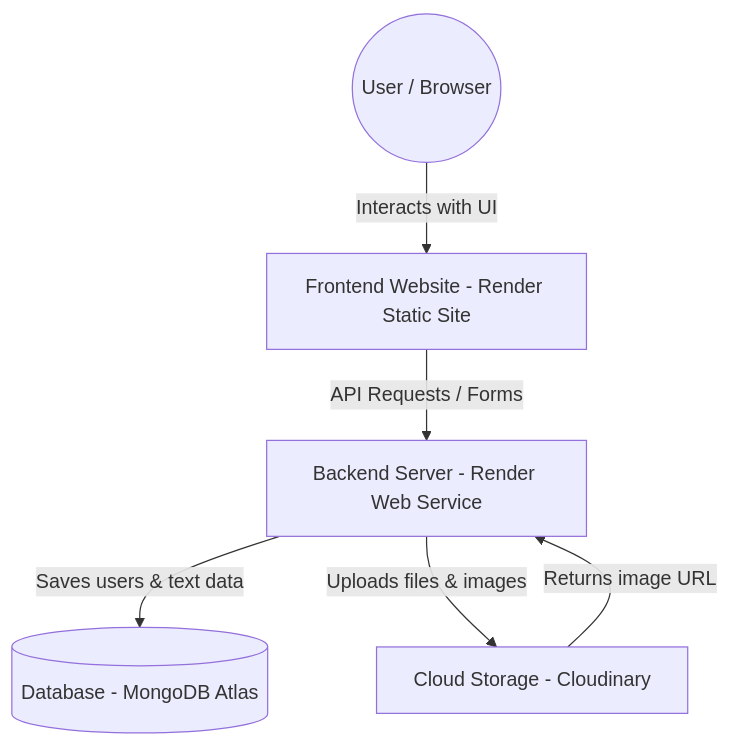
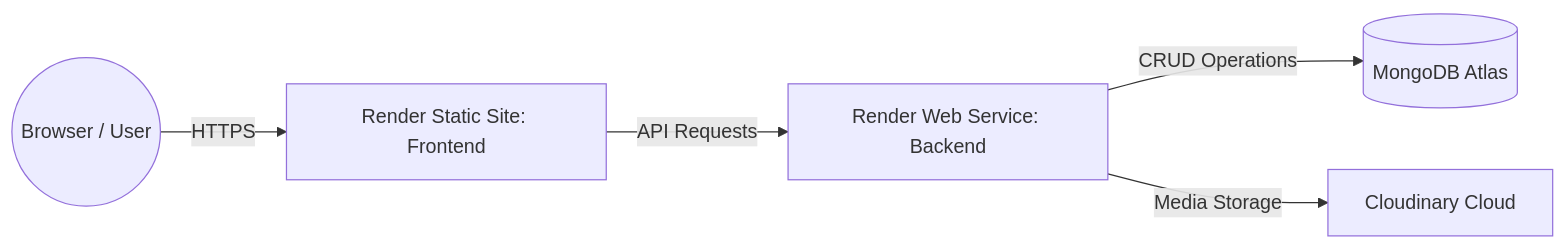
The diagram in README.md (Maheshwarandev/smart-complaint-resolution-system), drawn with Mermaid before and after one commit. The commit also changed other lines of this file and 42 other files, not shown here.

````diff
--- a/README.md
+++ b/README.md
@@ -140,8 +222,7 @@
 ```mermaid
-graph TD
-    User((User / Browser)) -->|Interacts with UI| FE[Frontend Website - Render Static Site]
-    FE -->|API Requests / Forms| BE[Backend Server - Render Web Service]
-    BE -->|Saves users & text data| DB[(Database - MongoDB Atlas)]
-    BE -->|Uploads files & images| CD[Cloud Storage - Cloudinary]
-    CD -->|Returns image URL| BE
+graph LR
+    Client((Browser / User)) -->|HTTPS| Frontend[Render Static Site: Frontend]
+    Frontend -->|API Requests| Backend[Render Web Service: Backend]
+    Backend -->|CRUD Operations| DB[(MongoDB Atlas)]
+    Backend -->|Media Storage| Cloudinary[Cloudinary Cloud]
 ```
````
